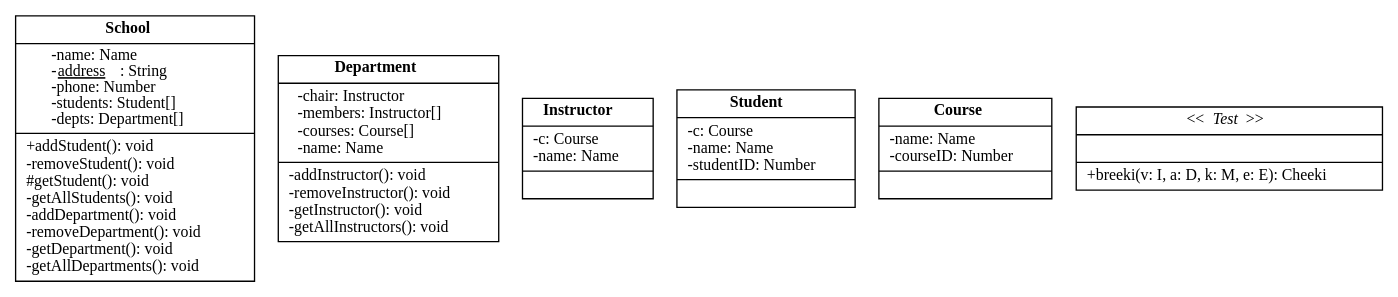
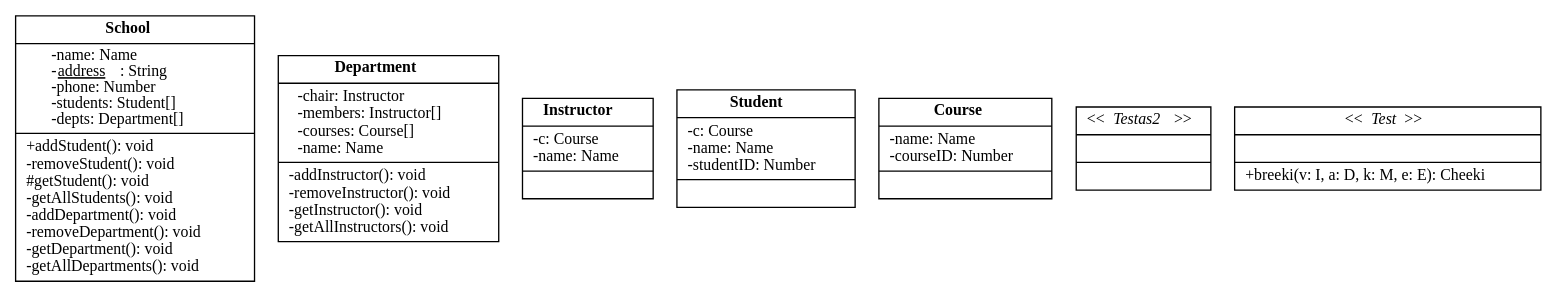
The diagram in diagram.dot (ruankotovich/JTD), drawn with Graphviz before and after one commit. The commit also changed 4 other files, not shown here.

```diff
--- a/diagram.dot
+++ b/diagram.dot
@@ -1,19 +1,20 @@
 digraph {
 fontname = "Bitstream Vera Sans"
 fontsize = 12
 node [
 fontname = "Bitstream Vera Sans"
 fontsize = 12
 shape = "record"
 ]
 edge [
 fontname = "Bitstream Vera Sans"
 fontsize = 12
 ]
 1 [ label = <{<b>School</b>|-name: Name<br align="left"/>-<u>address</u>: String<br align="left"/>-phone: Number<br align="left"/>-students: Student[]<br align="left"/>-depts: Department[]<br align="left"/>|+addStudent(): void<br align="left"/>-removeStudent(): void<br align="left"/>#getStudent(): void<br align="left"/>-getAllStudents(): void<br align="left"/>-addDepartment(): void<br align="left"/>-removeDepartment(): void<br align="left"/>-getDepartment(): void<br align="left"/>-getAllDepartments(): void<br align="left"/>}>]
 2 [ label = <{<b>Department</b>|-chair: Instructor<br align="left"/>-members: Instructor[]<br align="left"/>-courses: Course[]<br align="left"/>-name: Name<br align="left"/>|-addInstructor(): void<br align="left"/>-removeInstructor(): void<br align="left"/>-getInstructor(): void<br align="left"/>-getAllInstructors(): void<br align="left"/>}>]
 3 [ label = <{<b>Instructor</b>|-c: Course<br align="left"/>-name: Name<br align="left"/>|}>]
 4 [ label = <{<b>Student</b>|-c: Course<br align="left"/>-name: Name<br align="left"/>-studentID: Number<br align="left"/>|}>]
 5 [ label = <{<b>Course</b>|-name: Name<br align="left"/>-courseID: Number<br align="left"/>|}>]
-6 [ label = <{&lt;&lt;<i>Test</i>&gt;&gt;||+breeki(v: I, a: D, k: M, e: E): Cheeki<br align="left"/>}>]
+6 [ label = <{&lt;&lt;<i>Testas2</i>&gt;&gt;||}>]
+7 [ label = <{&lt;&lt;<i>Test</i>&gt;&gt;||+breeki(v: I, a: D, k: M, e: E): Cheeki<br align="left"/>}>]
 }
```
